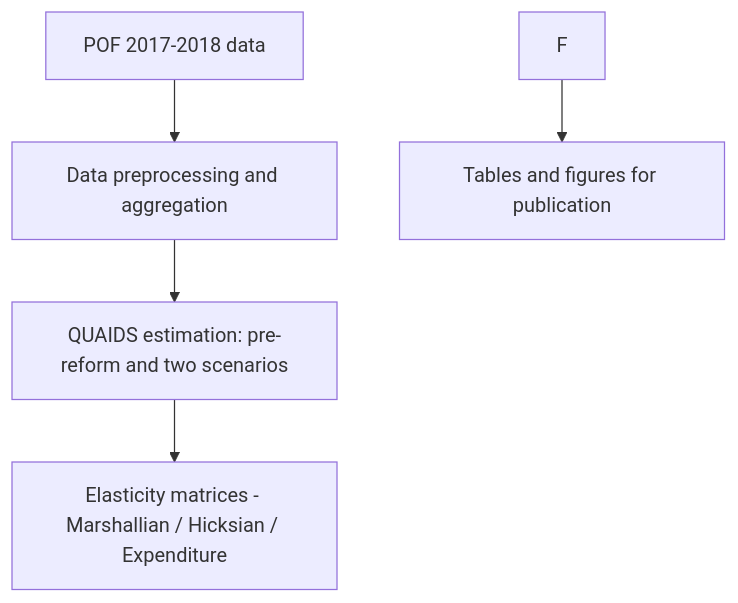
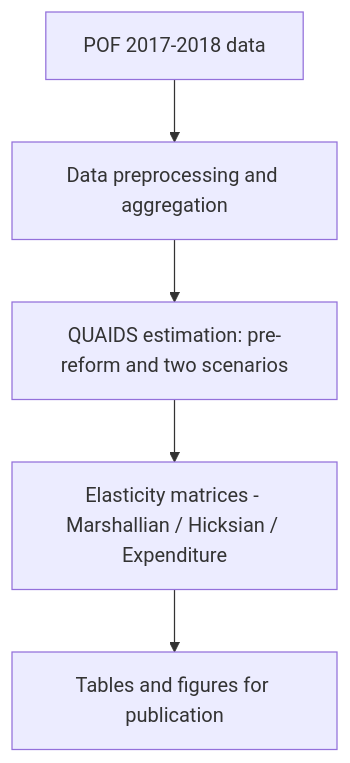
Before and after one commit to hbracarense/AIDS-QUAIDS-food-demand-modelling-effects-of-a-tax-reform: the diagram in README.md, drawn with Mermaid.

````diff
--- a/README.md
+++ b/README.md
@@ -31,7 +31,7 @@
 ```mermaid
 flowchart TD
 A["POF 2017-2018 data"] --> B["Data preprocessing and aggregation"]
 B --> C["QUAIDS estimation: pre-reform and two scenarios"]
 C --> D["Elasticity matrices - Marshallian / Hicksian / Expenditure"]
-F --> G["Tables and figures for publication"]
+D --> E["Tables and figures for publication"]
 ```
````
